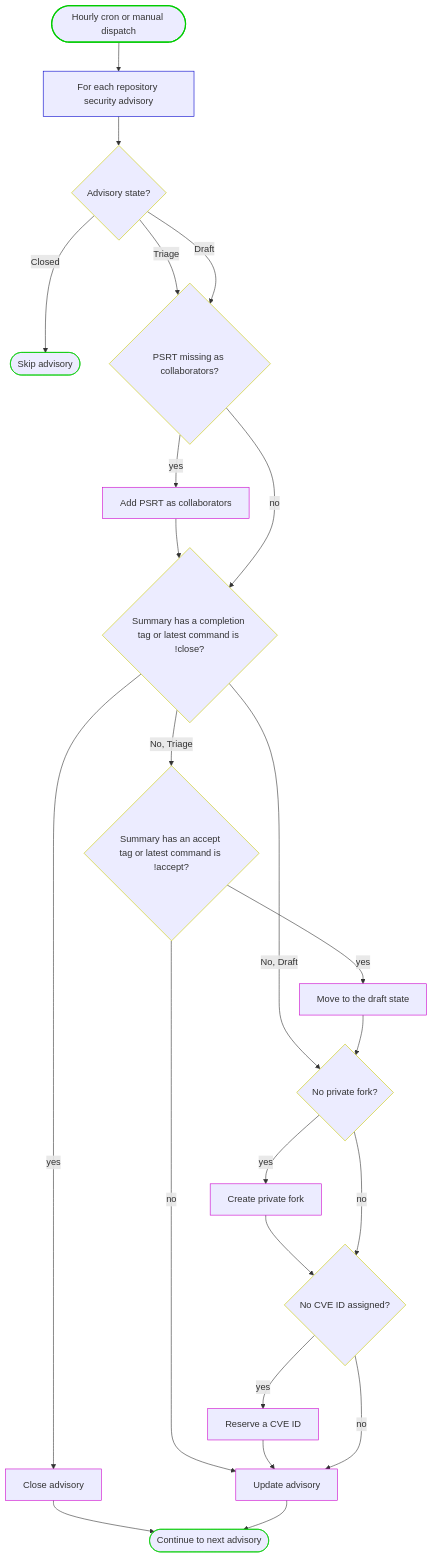
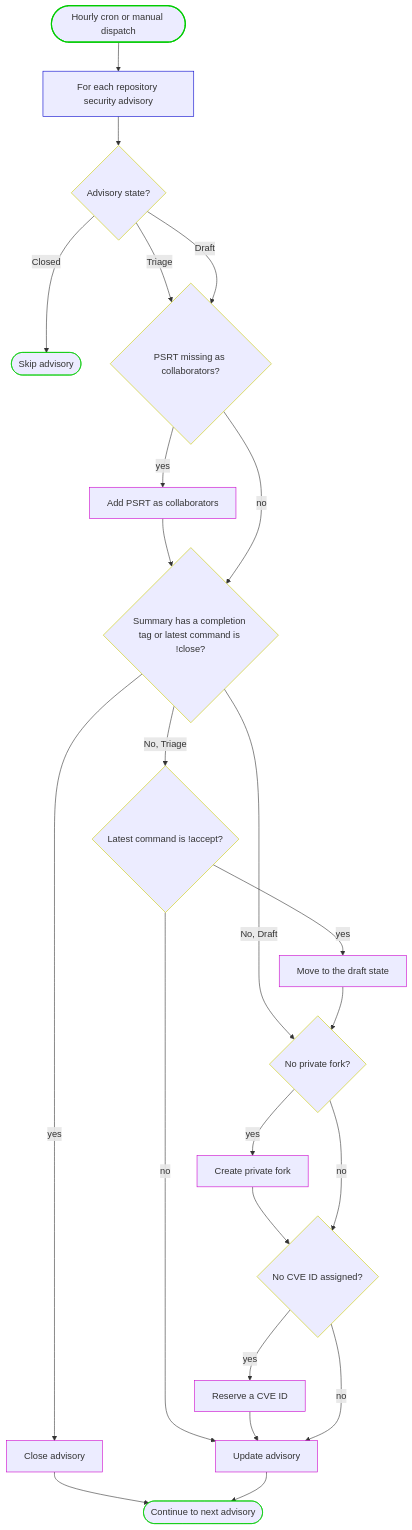
One commit to python/psrt-ghsa-bot changed the diagram in README.md. Above: the diagram before and after it, drawn with Mermaid. The commit also changed 2 other files, not shown here.

Commit message:
Apply Seth's suggestions

````diff
--- a/README.md
+++ b/README.md
@@ -16,37 +16,37 @@
 ```mermaid
 flowchart TD
     Start([Hourly cron or manual dispatch]):::entry --> Advs[For each repository security advisory]:::loop
     Advs --> S{"Advisory state?"}:::decision
 
     S -- Closed --> Skip([Skip advisory]):::terminal
     S -- Triage --> Collab
     S -- Draft --> Collab
 
     Collab{"PSRT missing as collaborators?"}:::decision
     Collab -- yes --> AddCollab[Add PSRT as collaborators]:::write --> Tag
     Collab -- no --> Tag
 
     Tag{"Summary has a completion tag or latest command is !close?"}:::decision
     Tag -- yes --> Close[Close advisory]:::write --> Done([Continue to next advisory]):::terminal
-    Tag -- "No, Triage" --> Accept{"Summary has an accept tag or latest command is !accept?"}:::decision
+    Tag -- "No, Triage" --> Accept{"Latest command is !accept?"}:::decision
     Tag -- "No, Draft" --> Fork
 
     Accept -- yes --> ToDraft[Move to the draft state]:::write --> Fork
     Accept -- no --> Update
 
     Fork{"No private fork?"}:::decision
     Fork -- yes --> MkFork[Create private fork]:::write --> Cve
     Fork -- no --> Cve
 
     Cve{"No CVE ID assigned?"}:::decision
     Cve -- yes --> Reserve[Reserve a CVE ID]:::write --> Update
     Cve -- no --> Update
 
     Update[Update advisory]:::write --> Done
 
 classDef entry stroke:#0C0,stroke-width:2px;
 classDef loop stroke:#00C;
 classDef decision stroke:#CC0;
 classDef write stroke:#C0C;
 classDef terminal stroke:#0C0;
 ```
````
